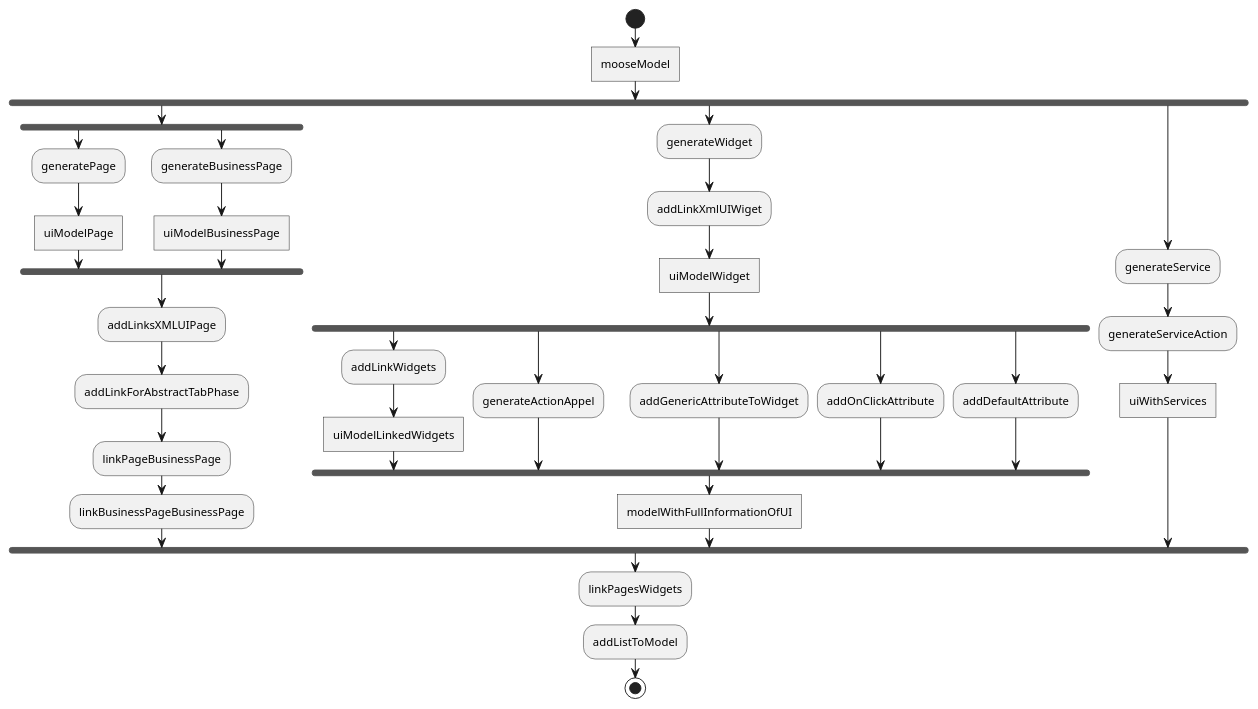
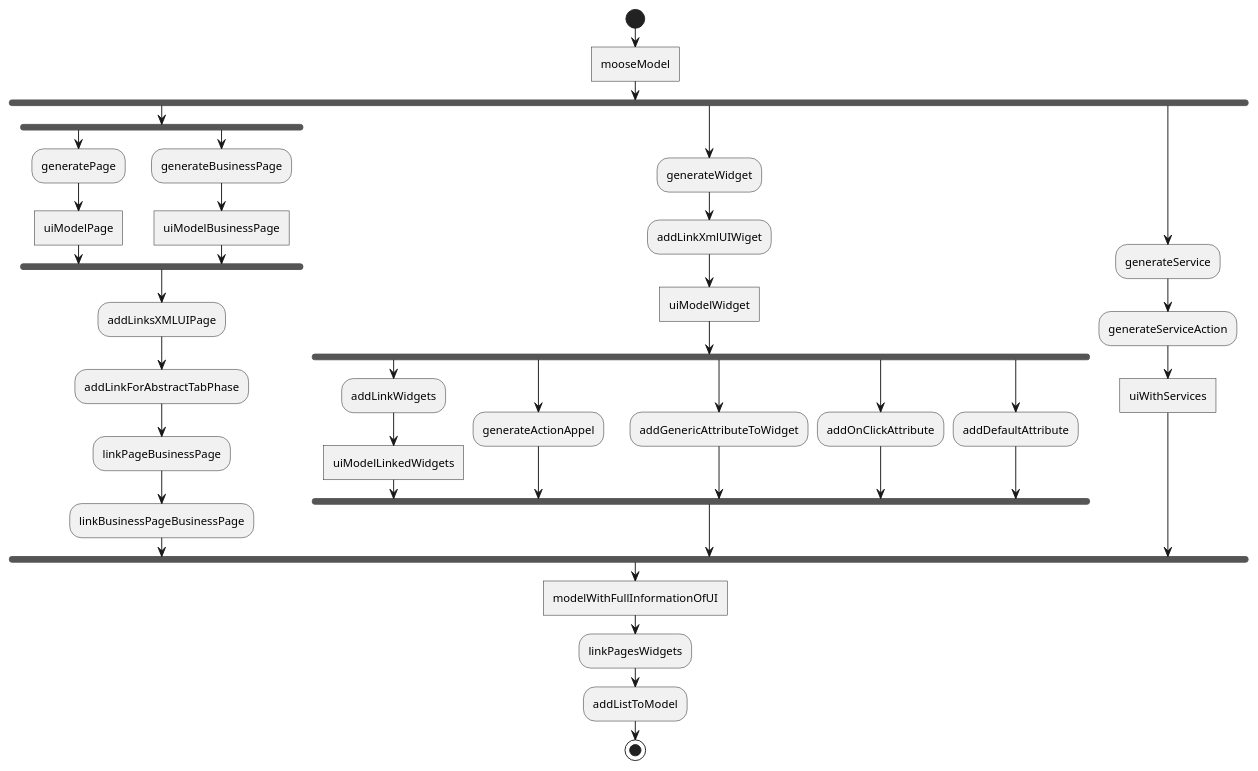
One commit to badetitou/Casino changed the diagram in doc/process.puml. Above: the diagram before and after it, drawn with PlantUML.

```diff
--- a/doc/process.puml
+++ b/doc/process.puml
@@ -1,42 +1,42 @@
 @startuml
 | UI |
 start
 :mooseModel]
 fork
     fork 
         :generatePage;
         :uiModelPage]
     fork again
         :generateBusinessPage;
         :uiModelBusinessPage]
     fork end
 :addLinksXMLUIPage;
 :addLinkForAbstractTabPhase;
 :linkPageBusinessPage;
 :linkBusinessPageBusinessPage;
 fork again
     :generateWidget;
     :addLinkXmlUIWiget;
     :uiModelWidget]
     fork
         :addLinkWidgets;
         :uiModelLinkedWidgets]
     fork again
         :generateActionAppel;
     fork again
         :addGenericAttributeToWidget;
     fork again
         :addOnClickAttribute;
     fork again
         :addDefaultAttribute;
     end fork
-    :modelWithFullInformationOfUI]
 fork again
     :generateService;
     :generateServiceAction;
     :uiWithServices]
 end fork
+:modelWithFullInformationOfUI]
 :linkPagesWidgets;
 :addListToModel;
 stop
 @enduml
```
